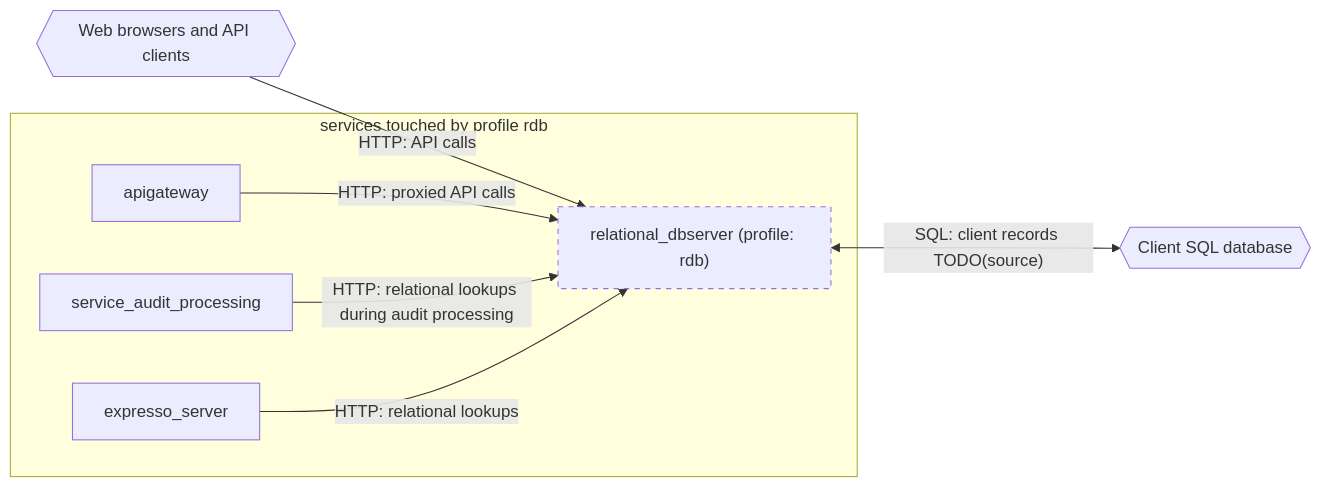
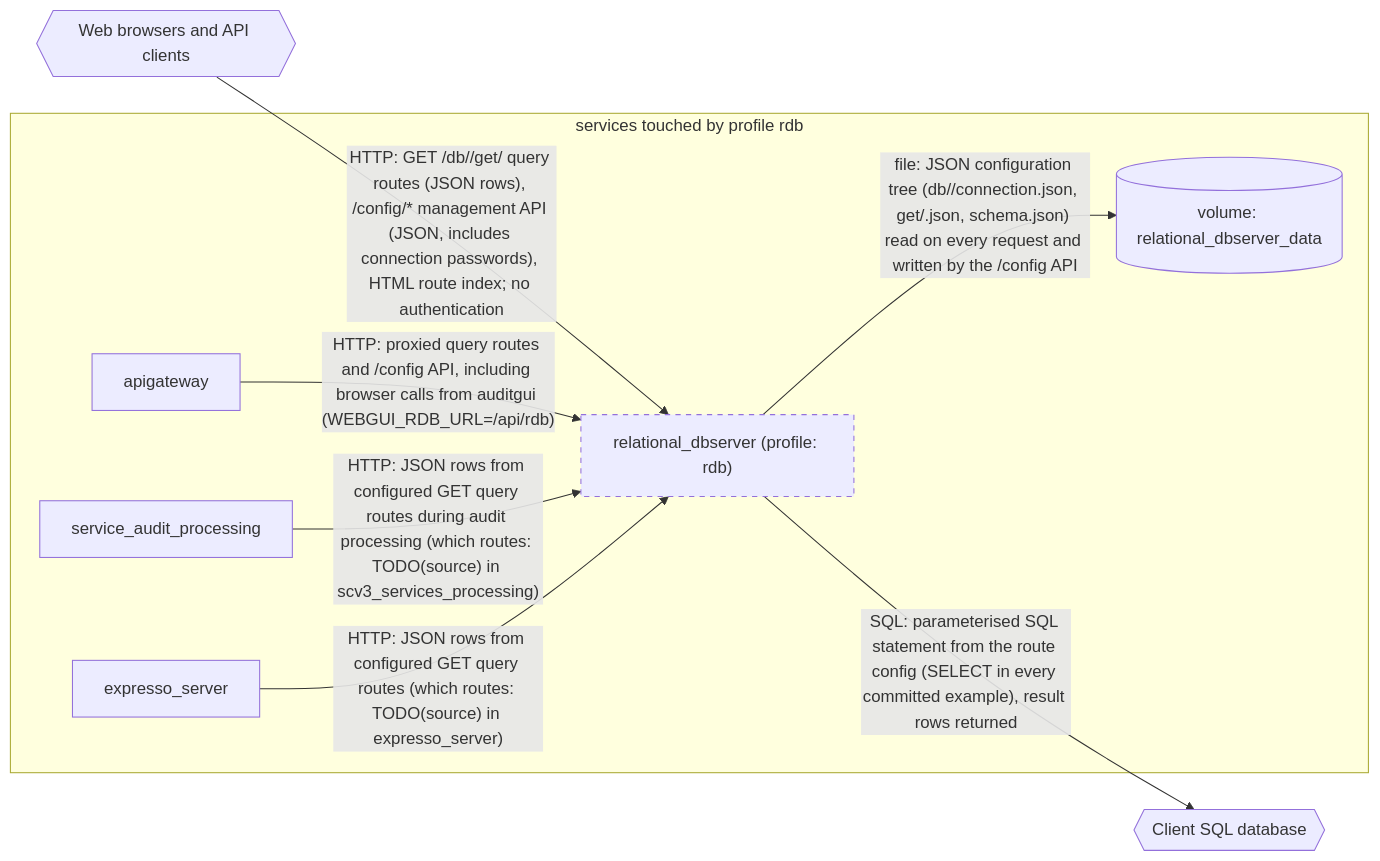
One commit to pacefactory/deployment-scripts changed the diagram in docs/architecture/profiles/rdb.md. Above: the diagram before and after it, drawn with Mermaid. The commit also changed other lines of this file and 83 other files, not shown here.

First line of the commit message:
docs: source the relational_dbserver flows and client SQL integration

````diff
--- a/docs/architecture/profiles/rdb.md
+++ b/docs/architecture/profiles/rdb.md
@@ -75,18 +76,20 @@
 ```mermaid
 flowchart LR
   classDef optional stroke-dasharray: 5 5
   subgraph deployment["services touched by profile rdb"]
     relational_dbserver["relational_dbserver (profile: rdb)"]
+    vol_relational_dbserver_data[("volume: relational_dbserver_data")]
     apigateway["apigateway"]
     service_audit_processing["service_audit_processing"]
     expresso_server["expresso_server"]
   end
   ext_client_sql{{"Client SQL database"}}
   ext_web_clients{{"Web browsers and API clients"}}
-  relational_dbserver <-->|"SQL: client records TODO(source)"| ext_client_sql
-  ext_web_clients -->|"HTTP: API calls"| relational_dbserver
-  apigateway -->|"HTTP: proxied API calls"| relational_dbserver
-  service_audit_processing -->|"HTTP: relational lookups during audit processing"| relational_dbserver
-  expresso_server -->|"HTTP: relational lookups"| relational_dbserver
+  relational_dbserver -->|"SQL: parameterised SQL statement from the route config (SELECT in every committed example), result rows returned"| ext_client_sql
+  relational_dbserver -->|"file: JSON configuration tree (db/<database>/connection.json, get/<route>.json, schema.json) read on every request and written by the /config API"| vol_relational_dbserver_data
+  ext_web_clients -->|"HTTP: GET /db/<database>/get/<route> query routes (JSON rows), /config/* management API (JSON, includes connection passwords), HTML route index; no authentication"| relational_dbserver
+  apigateway -->|"HTTP: proxied query routes and /config API, including browser calls from auditgui (WEBGUI_RDB_URL=/api/rdb)"| relational_dbserver
+  service_audit_processing -->|"HTTP: JSON rows from configured GET query routes during audit processing (which routes: TODO(source) in scv3_services_processing)"| relational_dbserver
+  expresso_server -->|"HTTP: JSON rows from configured GET query routes (which routes: TODO(source) in expresso_server)"| relational_dbserver
   class relational_dbserver optional
 ```
````
